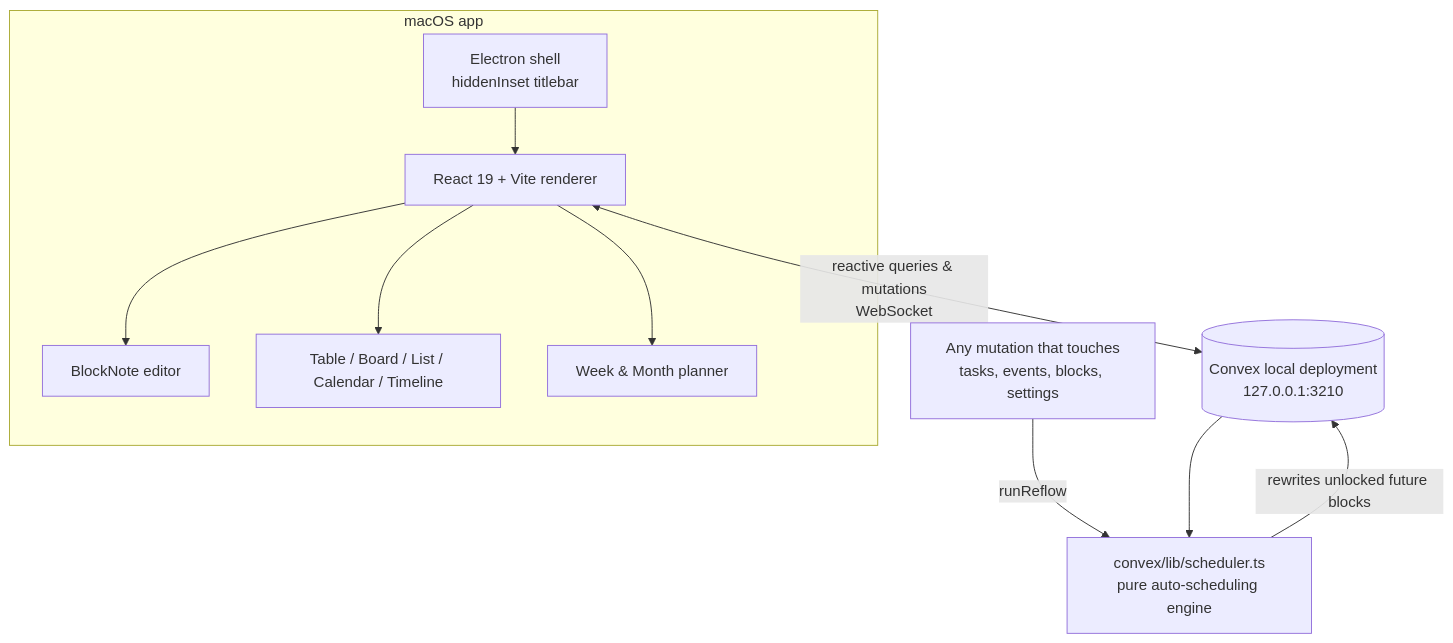
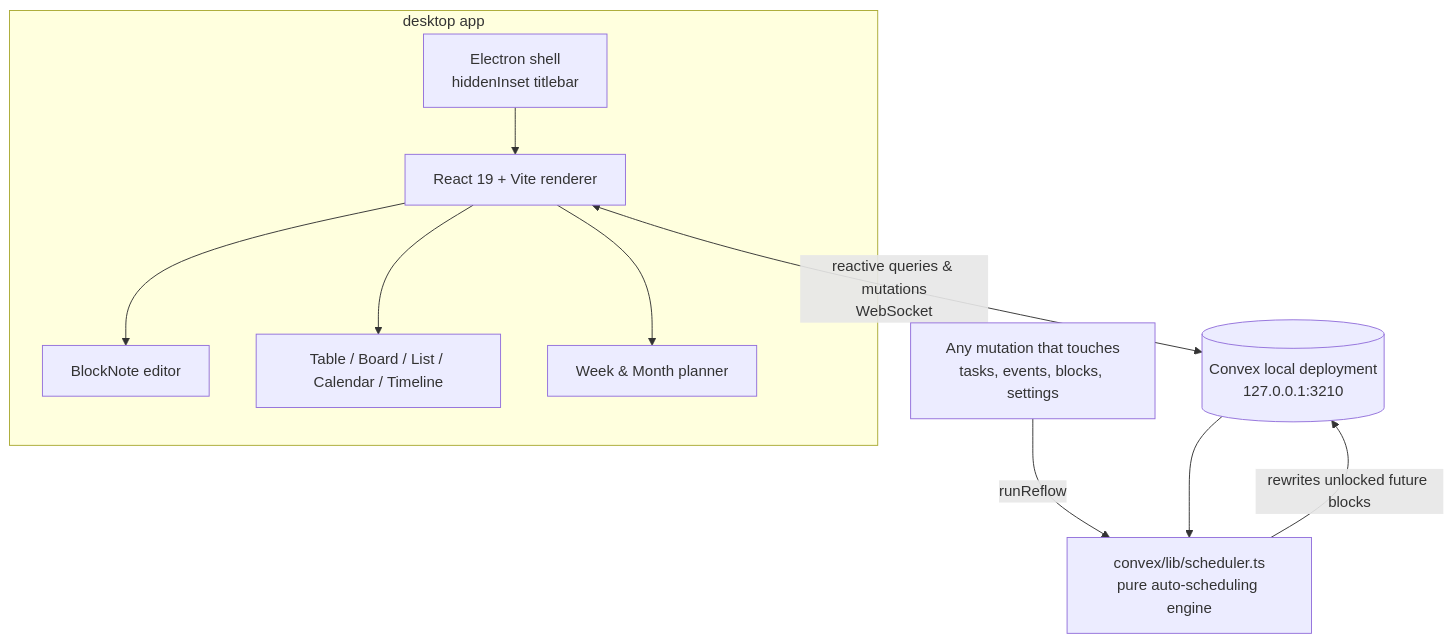
The diagram in README.md (Jmeg8r/geekspace), drawn with Mermaid before and after one commit. The commit also changed other lines of this file and 26 other files, not shown here.

````diff
--- a/README.md
+++ b/README.md
@@ -83,13 +84,13 @@
 ```mermaid
 flowchart TD
-    subgraph mac [macOS app]
+    subgraph mac [desktop app]
         E[Electron shell<br/>hiddenInset titlebar] --> R[React 19 + Vite renderer]
         R --> BN[BlockNote editor]
         R --> Views[Table / Board / List / Calendar / Timeline]
         R --> Week[Week & Month planner]
     end
     R <-->|reactive queries & mutations<br/>WebSocket| C[(Convex local deployment<br/>127.0.0.1:3210)]
     C --> S[convex/lib/scheduler.ts<br/>pure auto-scheduling engine]
     M[Any mutation that touches<br/>tasks, events, blocks, settings] -->|runReflow| S
     S -->|rewrites unlocked future blocks| C
 ```
````
